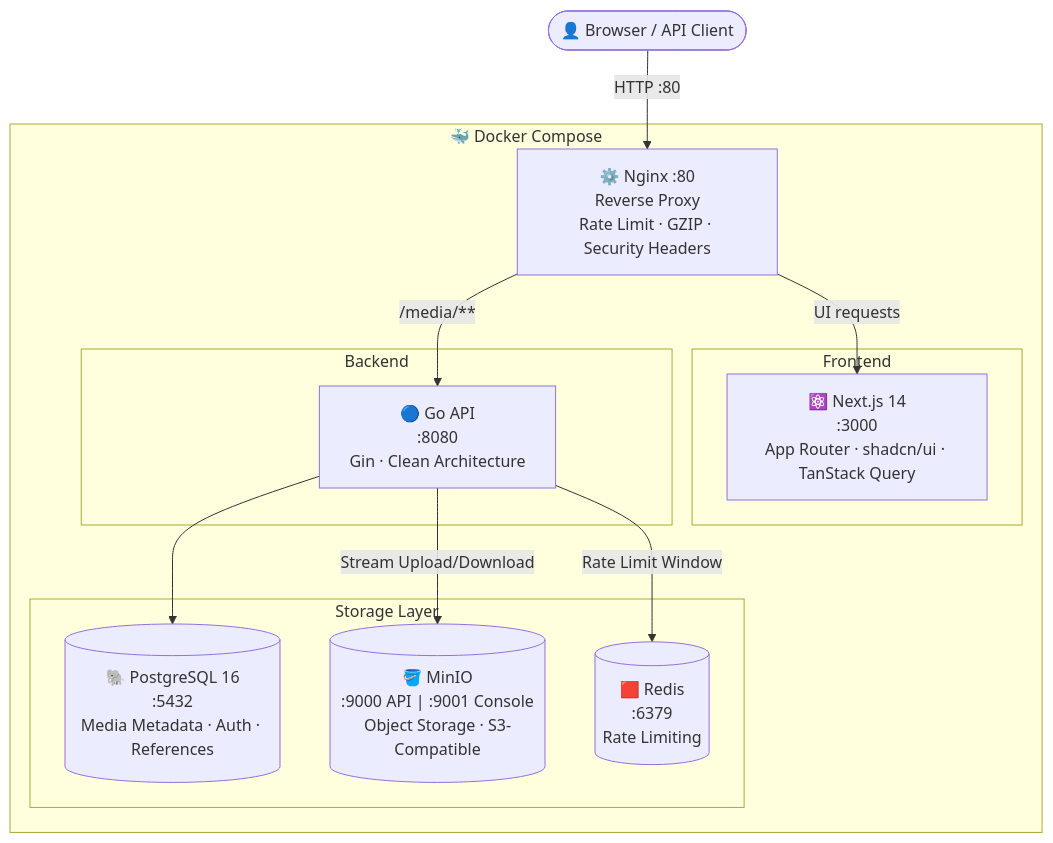
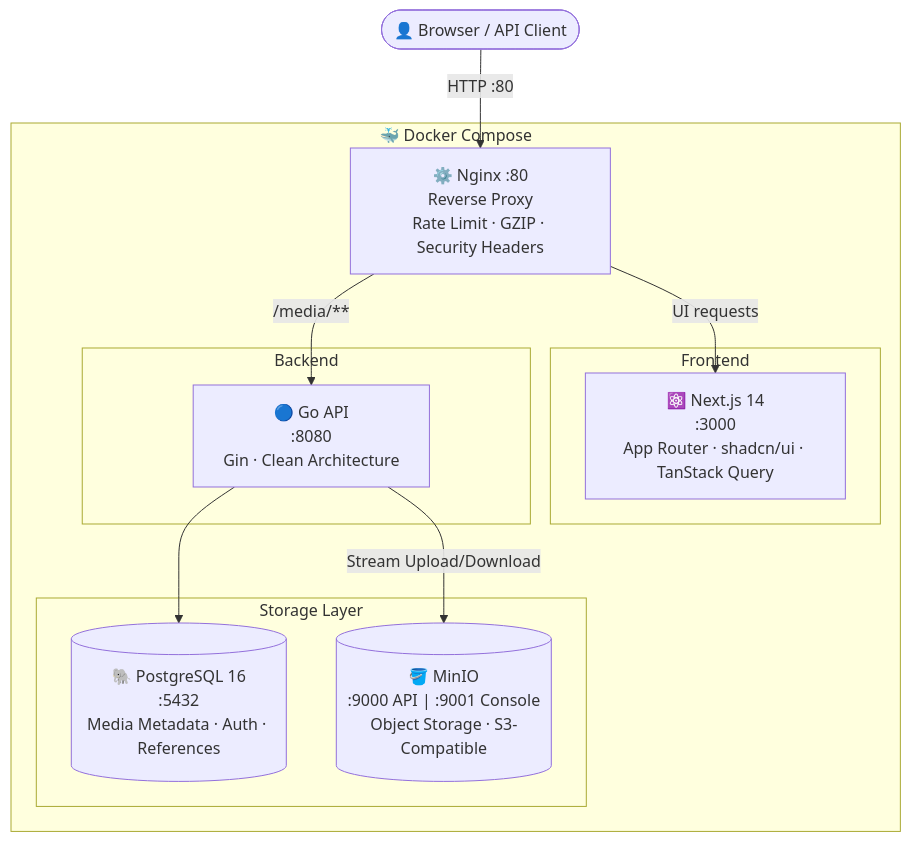
Before and after one commit to PonPond/mediahub-app: the first of 5 diagrams in README.md, drawn with Mermaid. The commit also changed other lines of this file and 6 other files, not shown here.

First line of the commit message:
remove Redis: not implemented, rate limiting handled by Nginx

````diff
--- a/README.md
+++ b/README.md
@@ -64,29 +57,27 @@
 ```mermaid
 graph TB
     Client(["👤 Browser / API Client"])
 
     subgraph Docker["🐳 Docker Compose"]
         Nginx["⚙️ Nginx :80\nReverse Proxy\nRate Limit · GZIP · Security Headers"]
 
         subgraph Frontend["Frontend"]
             Next["⚛️ Next.js 14\n:3000\nApp Router · shadcn/ui · TanStack Query"]
         end
 
         subgraph Backend["Backend"]
             Go["🔵 Go API\n:8080\nGin · Clean Architecture"]
         end
 
         subgraph Storage["Storage Layer"]
             PG[("🐘 PostgreSQL 16\n:5432\nMedia Metadata · Auth · References")]
             MinIO[("🪣 MinIO\n:9000 API | :9001 Console\nObject Storage · S3-Compatible")]
-            Redis[("🟥 Redis\n:6379\nRate Limiting")]
         end
     end
 
     Client -->|"HTTP :80"| Nginx
     Nginx -->|"UI requests"| Next
     Nginx -->|"/media/**"| Go
     Go --> PG
     Go -->|"Stream Upload/Download"| MinIO
-    Go -->|"Rate Limit Window"| Redis
 ```
````
